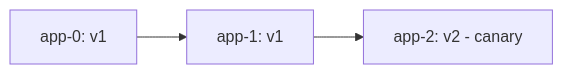
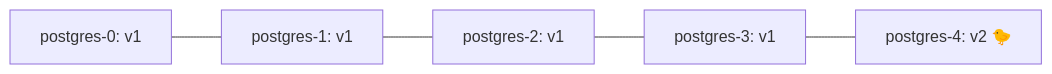
The fifth of 11 diagrams in lectures/lec15.md (inno-devops-labs/DevOps-Core-Course), drawn with Mermaid before and after one commit. The commit also changed other lines of this file and 24 other files, not shown here.

````diff
--- a/lectures/lec15.md
+++ b/lectures/lec15.md
@@ -347,5 +272,4 @@
 ```mermaid
 flowchart LR
-  A[app-0: v1] --> B[app-1: v1]
-  B --> C[app-2: v2 - canary]
+  P0[postgres-0: v1] --- P1[postgres-1: v1] --- P2[postgres-2: v1] --- P3[postgres-3: v1] --- P4[postgres-4: v2 🐤]
 ```
````
